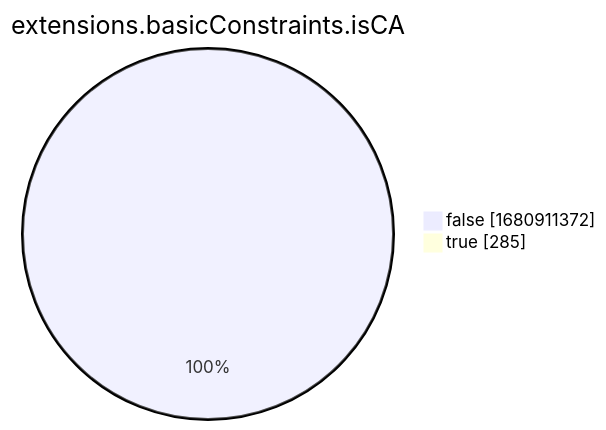
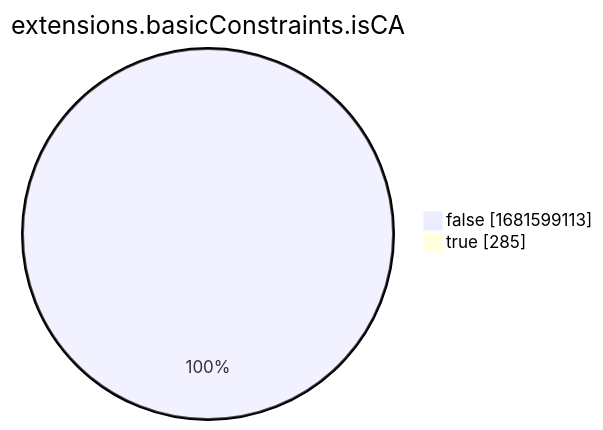
One commit to christiankrug/ctmonitor_visualization changed the eighth of 15 diagrams in xenon2022/README.md. Above: the diagram before and after it, drawn with Mermaid. The commit also changed other lines of this file, not shown here.

````diff
--- a/xenon2022/README.md
+++ b/xenon2022/README.md
@@ -2865,6 +2865,6 @@
 ```mermaid
 pie showData
 title extensions.basicConstraints.isCA
-"false" :1680911372
+"false" :1681599113
 "true" :285
 ```
````
